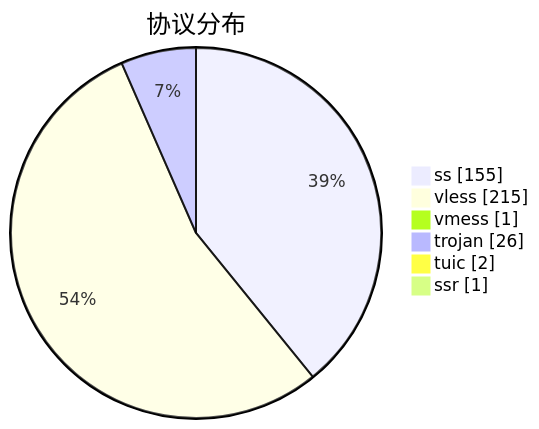
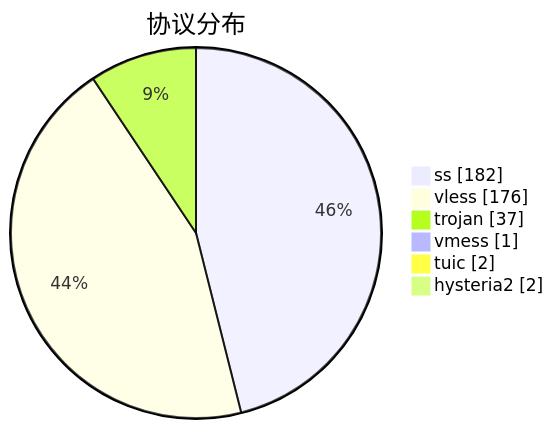
The third of 3 diagrams in subs/statistics/tested_within.md (qjlxg/airport), drawn with Mermaid before and after one commit. The commit also changed other lines of this file and 2 other files, not shown here.

````diff
--- a/subs/statistics/tested_within.md
+++ b/subs/statistics/tested_within.md
@@ -42,10 +38,10 @@
 ```mermaid
 pie showData
 title 协议分布
-"ss" : 155
-"vless" : 215
+"ss" : 182
+"vless" : 176
+"trojan" : 37
 "vmess" : 1
-"trojan" : 26
 "tuic" : 2
-"ssr" : 1
+"hysteria2" : 2
 ```
````
